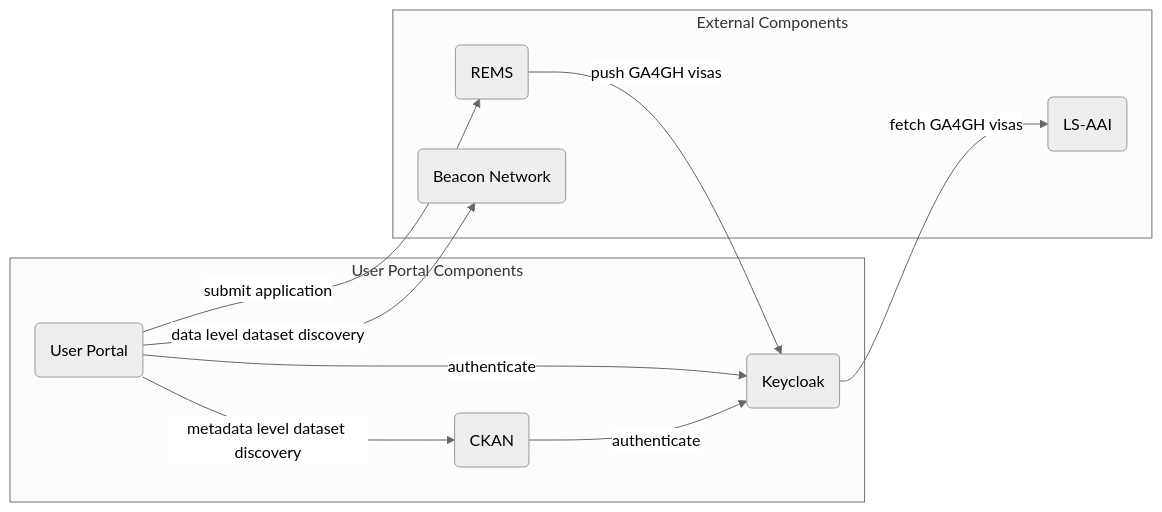
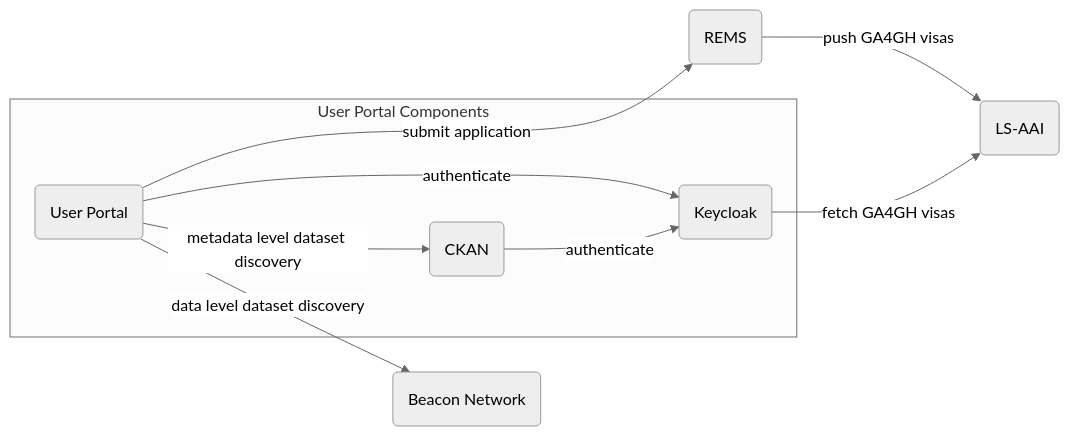
One commit to GenomicDataInfrastructure/gdi-userportal-docs changed the first of 2 diagrams in content/docs/application-architecture/_index.md. Above: the diagram before and after it, drawn with Mermaid (neutral theme). The commit also changed other lines of this file, not shown here.

Commit message:
doc: update architecture diagrams

````diff
--- a/content/docs/application-architecture/_index.md
+++ b/content/docs/application-architecture/_index.md
@@ -21,46 +21,44 @@
 ```mermaid
 flowchart LR
     user_portal("`
 
     User Portal
 
     `")
     ckan("`
 
     CKAN
 
     `")
     rems("`
 
     REMS
 
     `")
     keycloak("`
 
     Keycloak
 
     `")
     beacon_network("`
 
     Beacon Network
 
     `")
     ls_aai("`
 
     LS-AAI
 
     `")
 
     subgraph User Portal Components
         user_portal -->|metadata level dataset discovery| ckan
         user_portal -->|authenticate| keycloak
     end
 
-    subgraph External Components
-        user_portal -->|data level dataset discovery| beacon_network
-        user_portal -->|submit application| rems
-        rems -->|push GA4GH visas| keycloak
-        ckan -->|authenticate| keycloak
-        keycloak -->|fetch GA4GH visas| ls_aai
-    end
+    user_portal -->|data level dataset discovery| beacon_network
+    user_portal -->|submit application| rems
+    rems -->|push GA4GH visas| ls_aai
+    ckan -->|authenticate| keycloak
+    keycloak -->|fetch GA4GH visas| ls_aai
 ```
````
